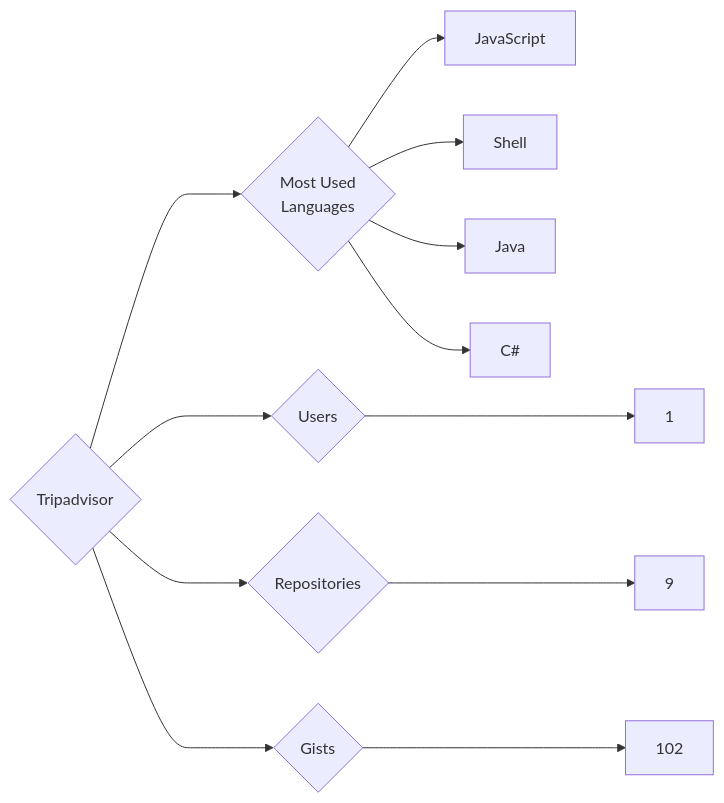
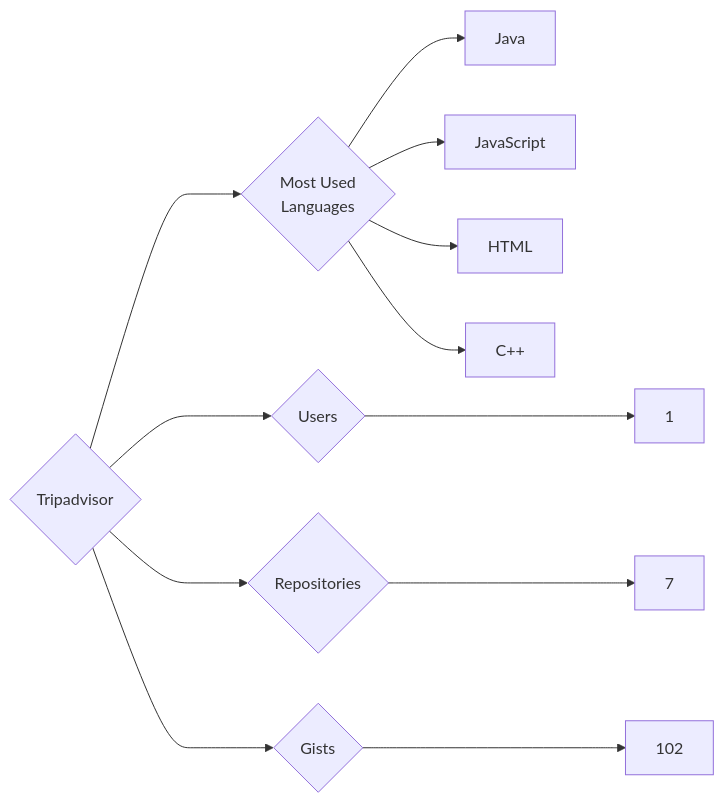
One commit to trickest/insiders changed the diagram in targets/Tripadvisor/README.md. Above: the diagram before and after it, drawn with Mermaid. The commit also changed 871 other files, not shown here.

````diff
--- a/targets/Tripadvisor/README.md
+++ b/targets/Tripadvisor/README.md
@@ -3,12 +3,12 @@
 ```mermaid
 graph LR
 COMPANY_NAME{Tripadvisor}
 COMPANY_NAME ---> U{Users} ---> UN[1]
-COMPANY_NAME ---> R{Repositories} ---> RN[9]
+COMPANY_NAME ---> R{Repositories} ---> RN[7]
 COMPANY_NAME ---> G{Gists} ---> GN[102]
 COMPANY_NAME ---> ML{Most Used<br>Languages}
+ML --> Java[Java]
 ML --> JavaScript[JavaScript]
-ML --> Shell[Shell]
-ML --> Java[Java]
-ML --> C#[C#]
+ML --> HTML[HTML]
+ML --> C++[C++]
 ```
````
